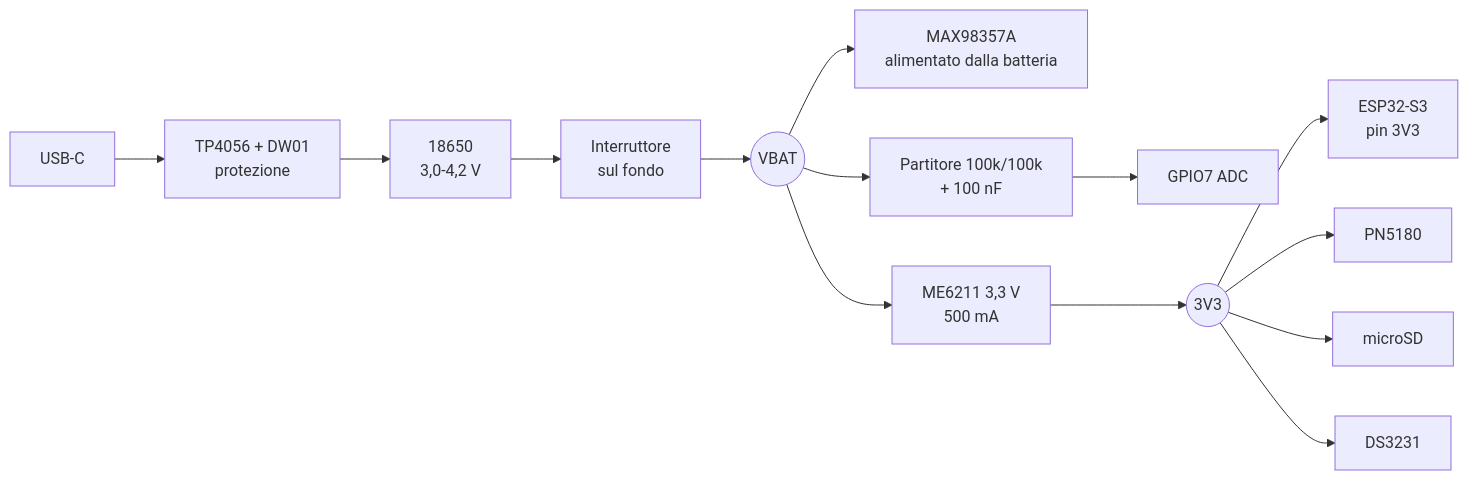
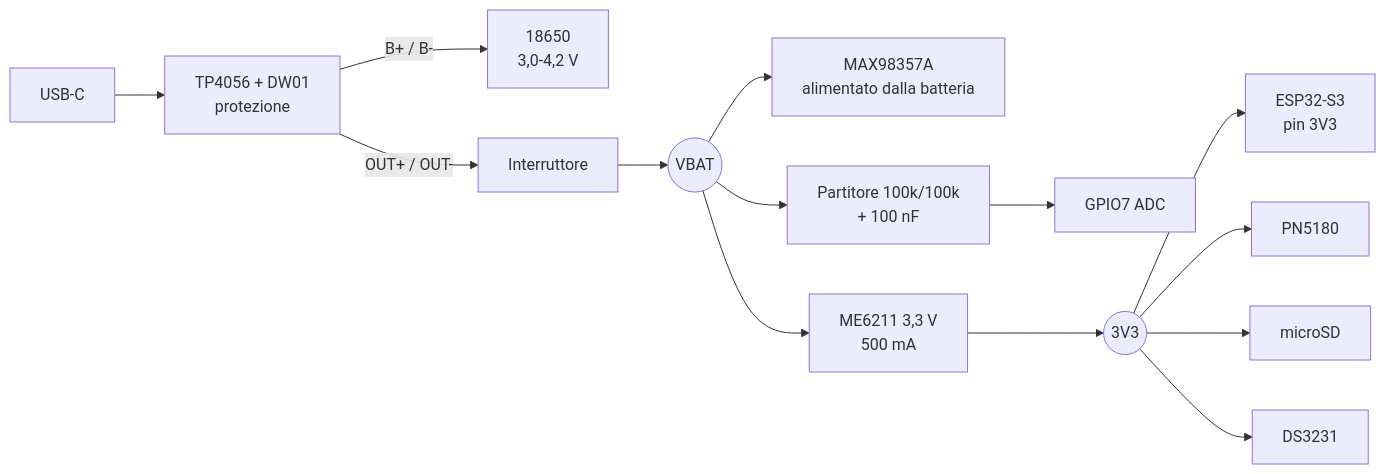
Before and after one commit to nicola-milani/babybox: the diagram in hardware/cablaggio.md, drawn with Mermaid. The commit also changed other lines of this file and 3 other files, not shown here.

First line of the commit message:
Il carico esce da OUT+/OUT- del TP4056, non dai poli della cella

````diff
--- a/hardware/cablaggio.md
+++ b/hardware/cablaggio.md
@@ -12,15 +12,15 @@
 ```mermaid
 flowchart LR
     USB[USB-C] --> TP[TP4056 + DW01<br/>protezione]
-    TP --> CELLA[18650<br/>3,0-4,2 V]
-    CELLA --> SW[Interruttore<br/>sul fondo]
+    TP -- B+ / B- --> CELLA[18650<br/>3,0-4,2 V]
+    TP -- OUT+ / OUT- --> SW[Interruttore]
     SW --> VBAT((VBAT))
     VBAT --> AMP[MAX98357A<br/>alimentato dalla batteria]
     VBAT --> LDO[ME6211 3,3 V<br/>500 mA]
     VBAT --> PART[Partitore 100k/100k<br/>+ 100 nF] --> ADC[GPIO7 ADC]
     LDO --> V33((3V3))
     V33 --> ESP[ESP32-S3<br/>pin 3V3]
     V33 --> PN[PN5180]
     V33 --> SD[microSD]
     V33 --> RTC[DS3231]
 ```
````
